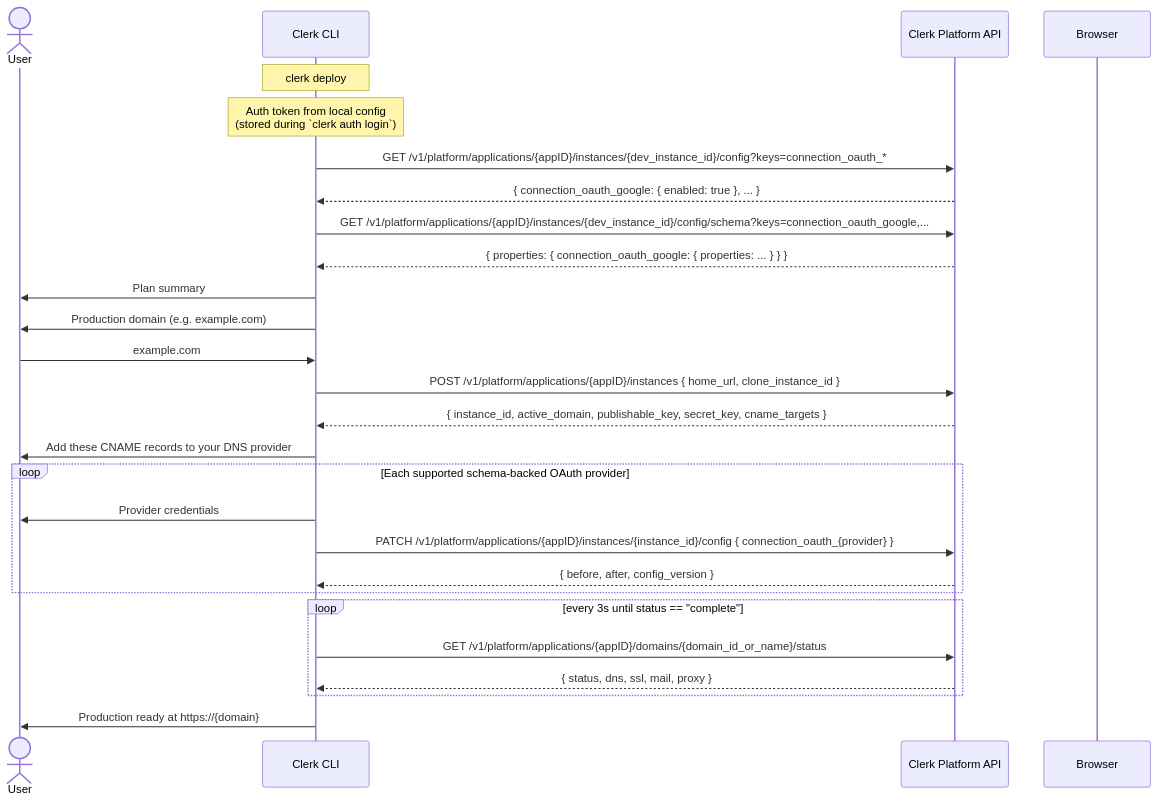
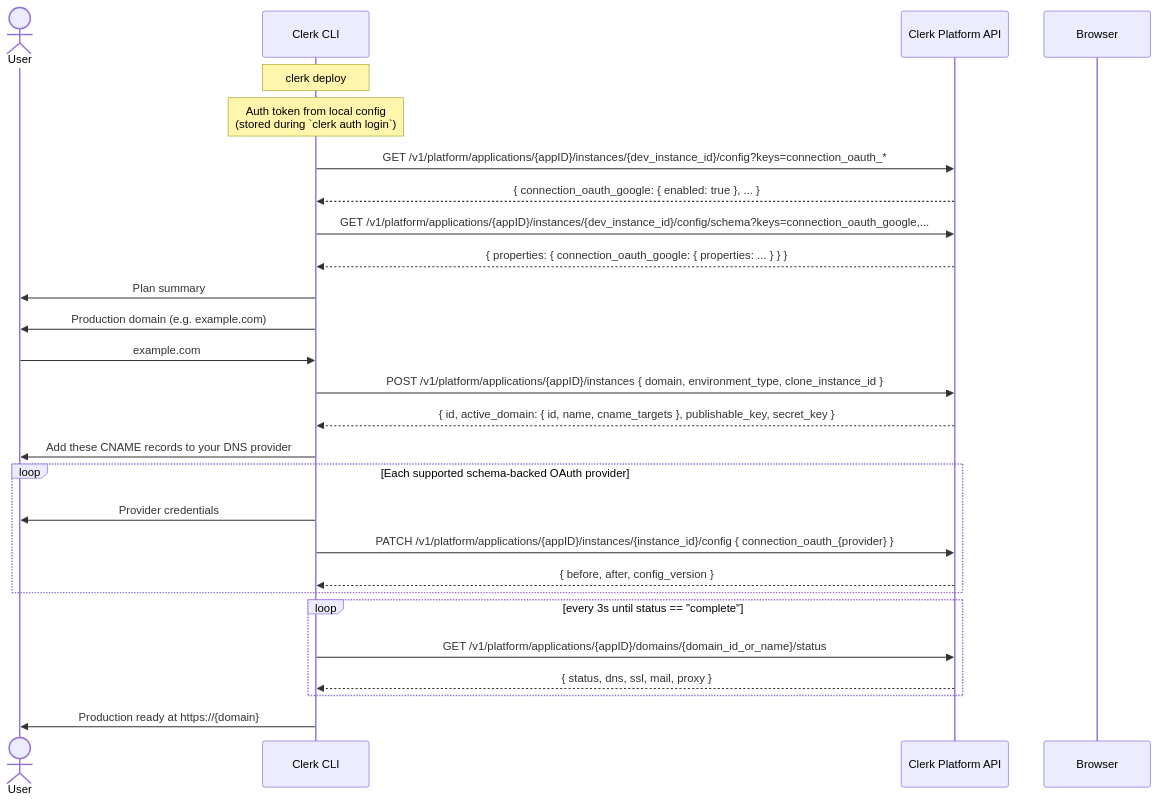
The diagram in packages/cli-core/src/commands/deploy/README.md (clerk/cli), drawn with Mermaid before and after one commit. The commit also changed other lines of this file and 4 other files, not shown here.

Commit message:
fix(deploy): adapt to platform instance response

````diff
--- a/packages/cli-core/src/commands/deploy/README.md
+++ b/packages/cli-core/src/commands/deploy/README.md
@@ -56,44 +56,44 @@
 ```mermaid
 sequenceDiagram
     actor User
     participant CLI as Clerk CLI
     participant API as Clerk Platform API
     participant Browser
 
     Note over CLI: clerk deploy
 
     %% Auth & app context
     Note over CLI: Auth token from local config<br/>(stored during `clerk auth login`)
 
     %% Discover enabled OAuth providers in dev
     CLI->>API: GET /v1/platform/applications/{appID}/instances/{dev_instance_id}/config?keys=connection_oauth_*
     API-->>CLI: { connection_oauth_google: { enabled: true }, ... }
     CLI->>API: GET /v1/platform/applications/{appID}/instances/{dev_instance_id}/config/schema?keys=connection_oauth_google,...
     API-->>CLI: { properties: { connection_oauth_google: { properties: ... } } }
 
     %% Plan summary + domain
     CLI->>User: Plan summary
     CLI->>User: Production domain (e.g. example.com)
     User->>CLI: example.com
 
     %% Create production instance + domain in one round-trip, including clone validation
-    CLI->>API: POST /v1/platform/applications/{appID}/instances { home_url, clone_instance_id }
-    API-->>CLI: { instance_id, active_domain, publishable_key, secret_key, cname_targets }
+    CLI->>API: POST /v1/platform/applications/{appID}/instances { domain, environment_type, clone_instance_id }
+    API-->>CLI: { id, active_domain: { id, name, cname_targets }, publishable_key, secret_key }
 
     CLI->>User: Add these CNAME records to your DNS provider
 
     %% OAuth credential loop
     loop Each supported schema-backed OAuth provider
         CLI->>User: Provider credentials
         CLI->>API: PATCH /v1/platform/applications/{appID}/instances/{instance_id}/config { connection_oauth_{provider} }
         API-->>CLI: { before, after, config_version }
     end
 
     %% Poll domain status
     loop every 3s until status == "complete"
         CLI->>API: GET /v1/platform/applications/{appID}/domains/{domain_id_or_name}/status
         API-->>CLI: { status, dns, ssl, mail, proxy }
     end
 
     CLI->>User: Production ready at https://{domain}
 ```
````
